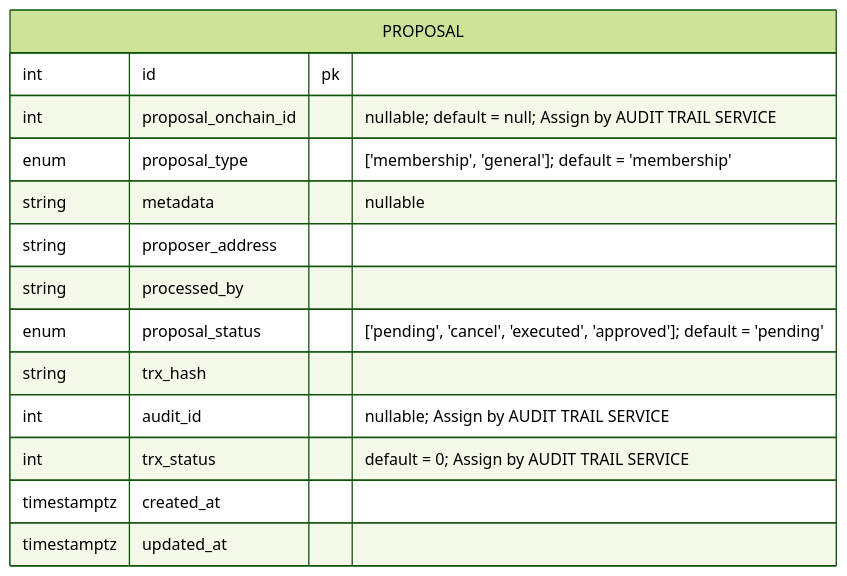
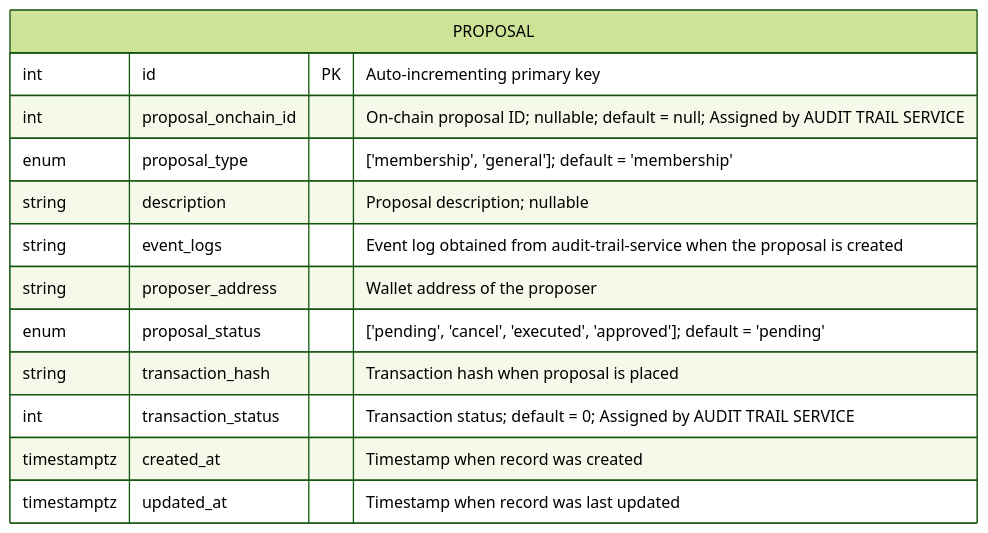
The second of 3 diagrams in IMPROVED-ER-DIAGRAM.md (FinCube-23/DAO-Proposal-Governance), drawn with Mermaid (forest theme) before and after one commit. The commit also changed other lines of this file and 94 other files, not shown here.

````diff
--- a/IMPROVED-ER-DIAGRAM.md
+++ b/IMPROVED-ER-DIAGRAM.md
@@ -27,18 +65,17 @@
 ```mermaid
 erDiagram
 
 PROPOSAL {
-        int id pk
-        int proposal_onchain_id "nullable; default = null; Assign by AUDIT TRAIL SERVICE"
-        enum proposal_type "['membership', 'general']; default = 'membership'"
-        string metadata "nullable"
-        string proposer_address
-        string processed_by
-        enum proposal_status "['pending', 'cancel', 'executed', 'approved']; default = 'pending'"
-        string trx_hash
-        int audit_id "nullable; Assign by AUDIT TRAIL SERVICE"
-        int trx_status "default = 0; Assign by AUDIT TRAIL SERVICE"
-        timestamptz created_at
-        timestamptz updated_at
-    }
+       int id PK "Auto-incrementing primary key"
+       int proposal_onchain_id "On-chain proposal ID; nullable; default = null; Assigned by AUDIT TRAIL SERVICE"
+       enum proposal_type "['membership', 'general']; default = 'membership'"
+       string description "Proposal description; nullable"
+       string event_logs "Event log obtained from audit-trail-service when the proposal is created"
+       string proposer_address "Wallet address of the proposer"
+       enum proposal_status "['pending', 'cancel', 'executed', 'approved']; default = 'pending'"
+       string transaction_hash "Transaction hash when proposal is placed"
+       int transaction_status "Transaction status; default = 0; Assigned by AUDIT TRAIL SERVICE"
+       timestamptz created_at "Timestamp when record was created"
+       timestamptz updated_at "Timestamp when record was last updated"
+   }
 ```
````
